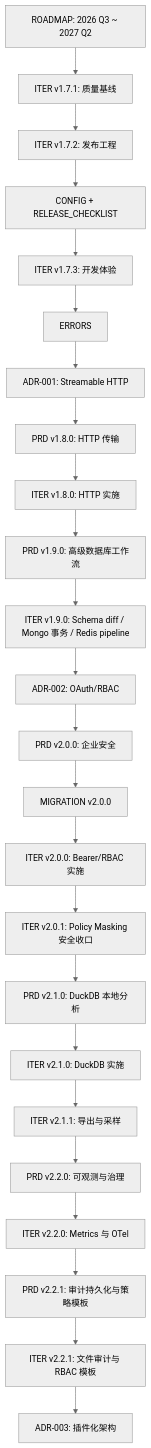
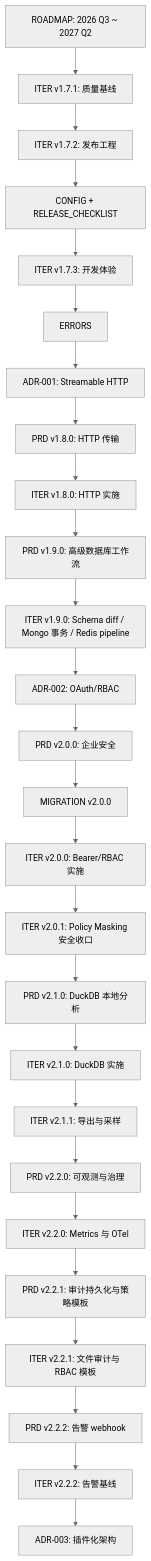
One commit to yclenove/polyglot-db-mcp-server changed the diagram in docs/INDEX.md. Above: the diagram before and after it, drawn with Mermaid (neutral theme). The commit also changed other lines of this file and 21 other files, not shown here.

````diff
--- a/docs/INDEX.md
+++ b/docs/INDEX.md
@@ -190,26 +196,28 @@
 ```mermaid
 flowchart TD
   A[ROADMAP: 2026 Q3 ~ 2027 Q2] --> B[ITER v1.7.1: 质量基线]
   B --> C[ITER v1.7.2: 发布工程]
   C --> D[CONFIG + RELEASE_CHECKLIST]
   D --> E[ITER v1.7.3: 开发体验]
   E --> F[ERRORS]
   F --> G[ADR-001: Streamable HTTP]
   G --> H[PRD v1.8.0: HTTP 传输]
   H --> I[ITER v1.8.0: HTTP 实施]
   I --> J[PRD v1.9.0: 高级数据库工作流]
   J --> K[ITER v1.9.0: Schema diff / Mongo 事务 / Redis pipeline]
   K --> L[ADR-002: OAuth/RBAC]
   L --> M[PRD v2.0.0: 企业安全]
   M --> N[MIGRATION v2.0.0]
   N --> O[ITER v2.0.0: Bearer/RBAC 实施]
   O --> P[ITER v2.0.1: Policy Masking 安全收口]
   P --> Q[PRD v2.1.0: DuckDB 本地分析]
   Q --> R[ITER v2.1.0: DuckDB 实施]
   R --> S[ITER v2.1.1: 导出与采样]
   S --> T[PRD v2.2.0: 可观测与治理]
   T --> U[ITER v2.2.0: Metrics 与 OTel]
   U --> V[PRD v2.2.1: 审计持久化与策略模板]
   V --> W[ITER v2.2.1: 文件审计与 RBAC 模板]
-  W --> X[ADR-003: 插件化架构]
+  W --> X[PRD v2.2.2: 告警 webhook]
+  X --> Y[ITER v2.2.2: 告警基线]
+  Y --> Z[ADR-003: 插件化架构]
 ```
````
